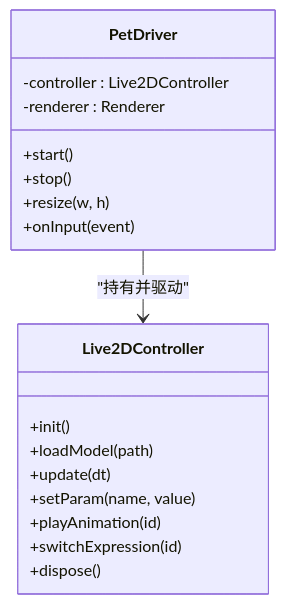
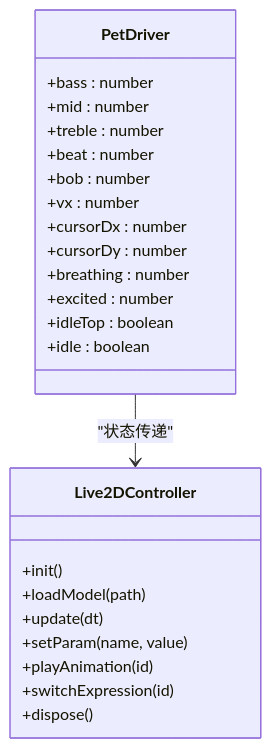
One commit to Wumiu/Petra changed the fifth of 8 diagrams in .qoder/repowiki/zh/content/Live2D渲染系统/Live2D控制器.md. Above: the diagram before and after it, drawn with Mermaid. The commit also changed other lines of this file and 45 other files, not shown here.

````diff
--- a/.qoder/repowiki/zh/content/Live2D渲染系统/Live2D控制器.md
+++ b/.qoder/repowiki/zh/content/Live2D渲染系统/Live2D控制器.md
@@ -172,21 +220,27 @@
 ```mermaid
 classDiagram
 class PetDriver {
-+start()
-+stop()
-+resize(w, h)
-+onInput(event)
--controller : Live2DController
--renderer : Renderer
++bass : number
++mid : number
++treble : number
++beat : number
++bob : number
++vx : number
++cursorDx : number
++cursorDy : number
++breathing : number
++excited : number
++idleTop : boolean
++idle : boolean
 }
 class Live2DController {
 +init()
 +loadModel(path)
 +update(dt)
 +setParam(name, value)
 +playAnimation(id)
 +switchExpression(id)
 +dispose()
 }
-PetDriver --> Live2DController : "持有并驱动"
+PetDriver --> Live2DController : "状态传递"
 ```
````
